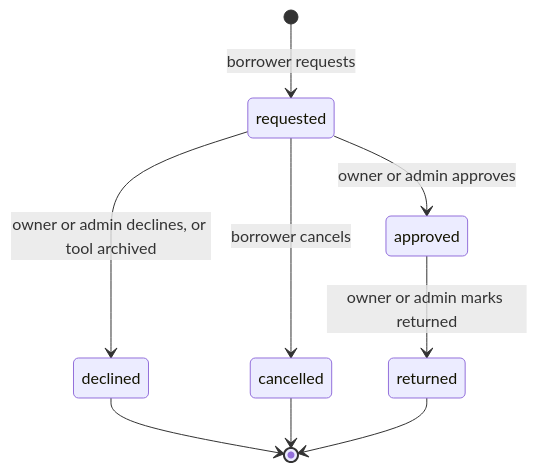
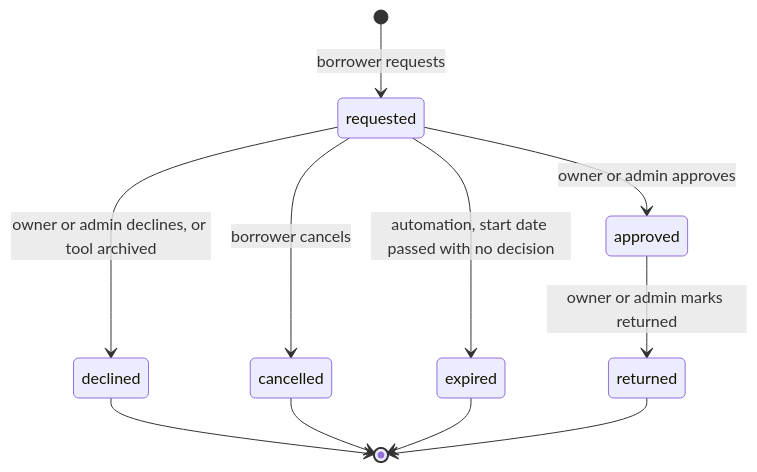
Before and after one commit to t-nielzon/lendloop: the second of 2 diagrams in README.md, drawn with Mermaid. The commit also changed other lines of this file and 2 other files, not shown here.

Commit message:
docs: document automation workflows, secret rotation, CI and hosted demo

````diff
--- a/README.md
+++ b/README.md
@@ -216,11 +233,13 @@
 ```mermaid
 stateDiagram-v2
   [*] --> requested: borrower requests
   requested --> approved: owner or admin approves
   requested --> declined: owner or admin declines, or tool archived
   requested --> cancelled: borrower cancels
+  requested --> expired: automation, start date passed with no decision
   approved --> returned: owner or admin marks returned
   declined --> [*]
   cancelled --> [*]
+  expired --> [*]
   returned --> [*]
 ```
````
